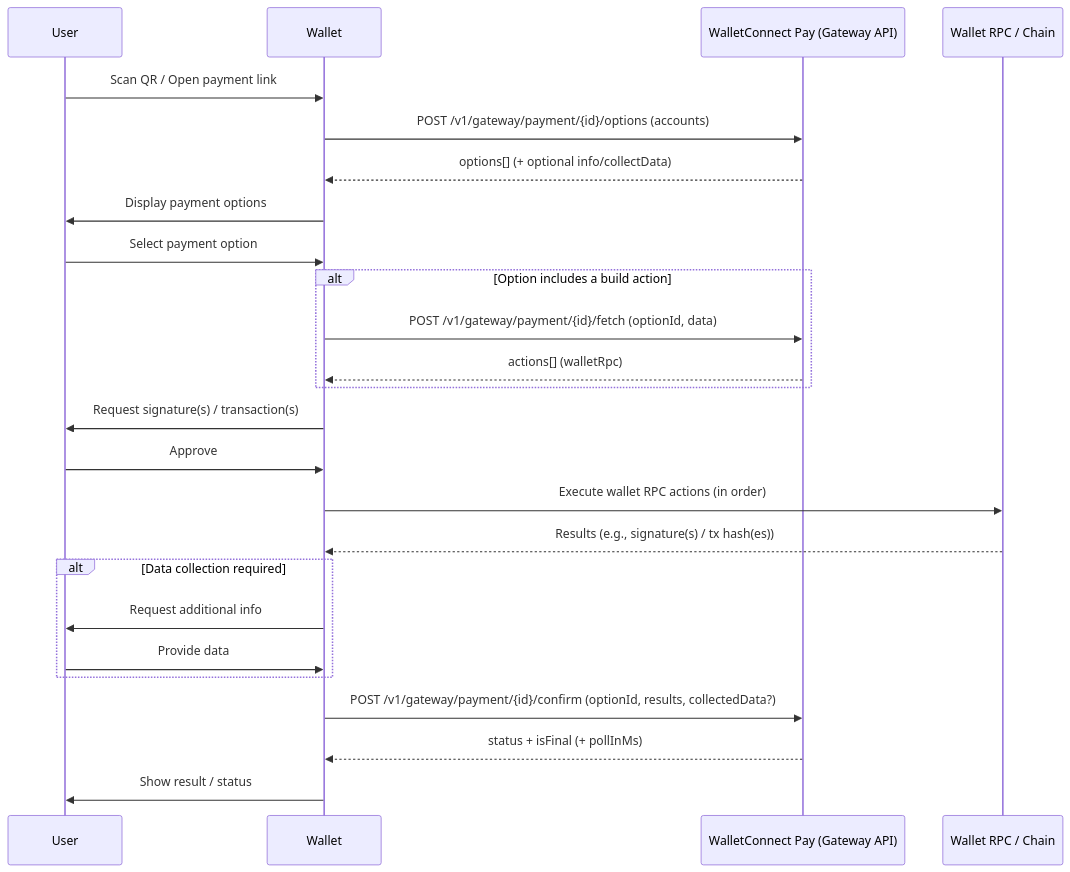
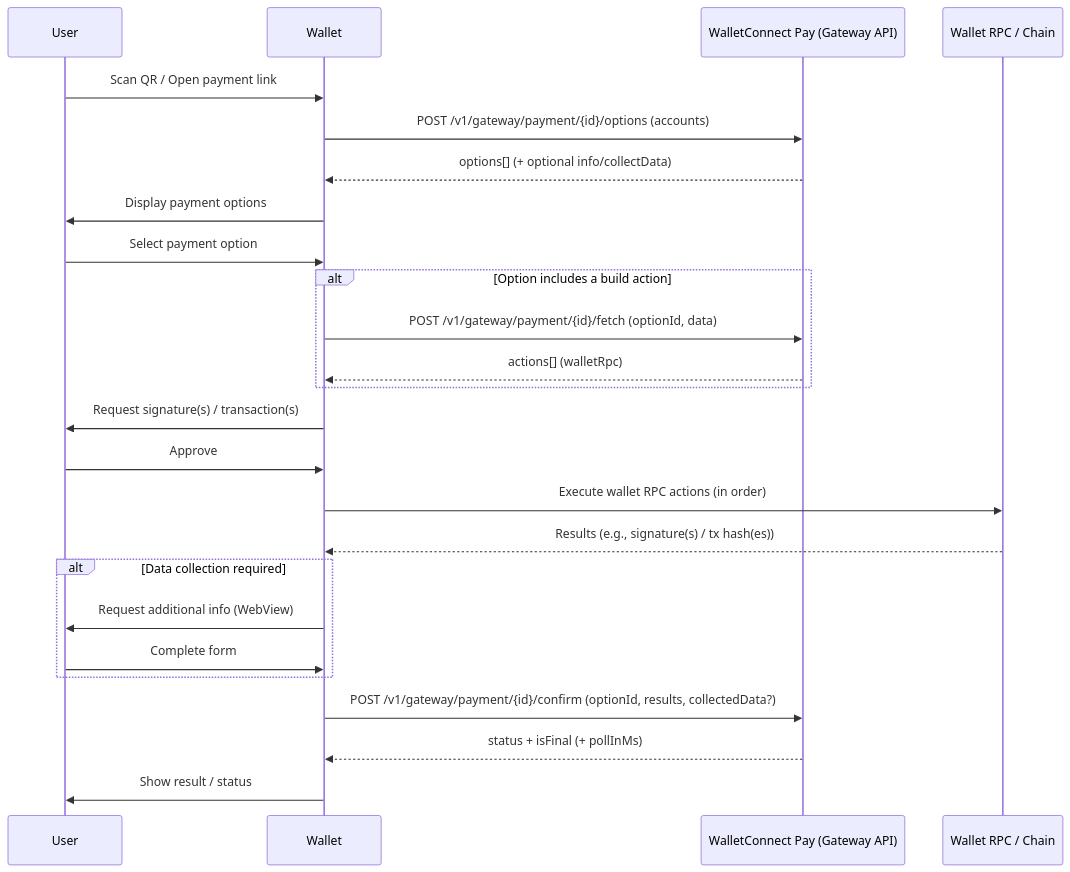
One commit to WalletConnectFoundation/wc-pay-docs changed the diagram in payments/wallets/api-first.mdx. Above: the diagram before and after it, drawn with Mermaid. The commit also changed other lines of this file and 2 other files, not shown here.

````diff
--- a/payments/wallets/api-first.mdx
+++ b/payments/wallets/api-first.mdx
@@ -30,33 +32,33 @@
 ```mermaid
 sequenceDiagram
     participant User
     participant Wallet
     participant Gateway as WalletConnect Pay (Gateway API)
     participant Chain as Wallet RPC / Chain
 
     User->>Wallet: Scan QR / Open payment link
     Wallet->>Gateway: POST /v1/gateway/payment/{id}/options (accounts)
     Gateway-->>Wallet: options[] (+ optional info/collectData)
     Wallet->>User: Display payment options
 
     User->>Wallet: Select payment option
 
     alt Option includes a build action
         Wallet->>Gateway: POST /v1/gateway/payment/{id}/fetch (optionId, data)
         Gateway-->>Wallet: actions[] (walletRpc)
     end
 
     Wallet->>User: Request signature(s) / transaction(s)
     User->>Wallet: Approve
     Wallet->>Chain: Execute wallet RPC actions (in order)
     Chain-->>Wallet: Results (e.g., signature(s) / tx hash(es))
 
     alt Data collection required
-        Wallet->>User: Request additional info
-        User->>Wallet: Provide data
+        Wallet->>User: Request additional info (WebView)
+        User->>Wallet: Complete form
     end
 
     Wallet->>Gateway: POST /v1/gateway/payment/{id}/confirm (optionId, results, collectedData?)
     Gateway-->>Wallet: status + isFinal (+ pollInMs)
     Wallet->>User: Show result / status
 ```
````
